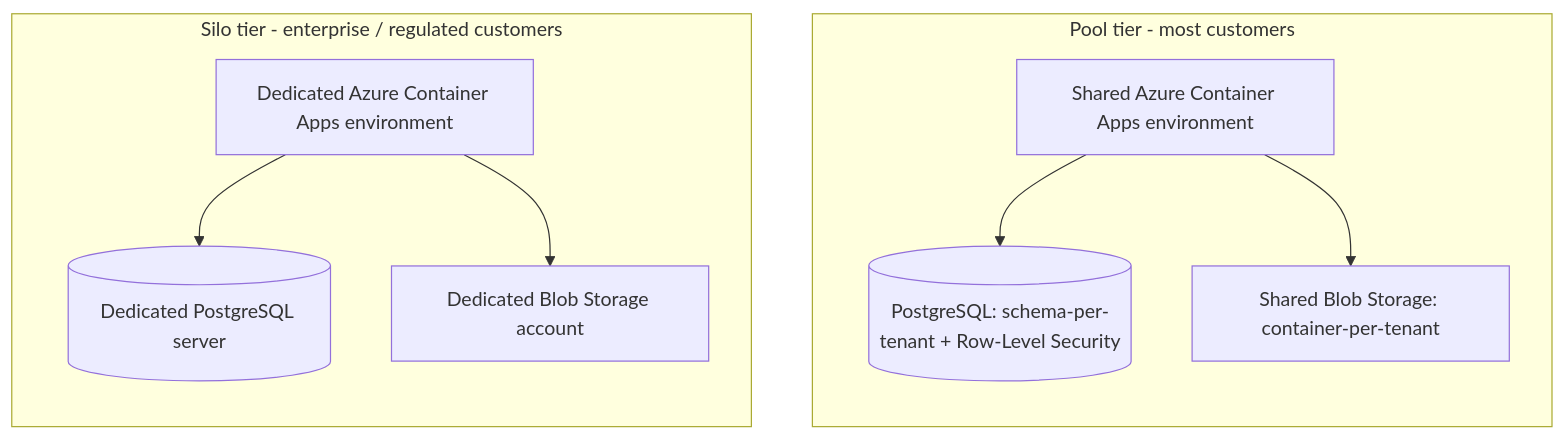
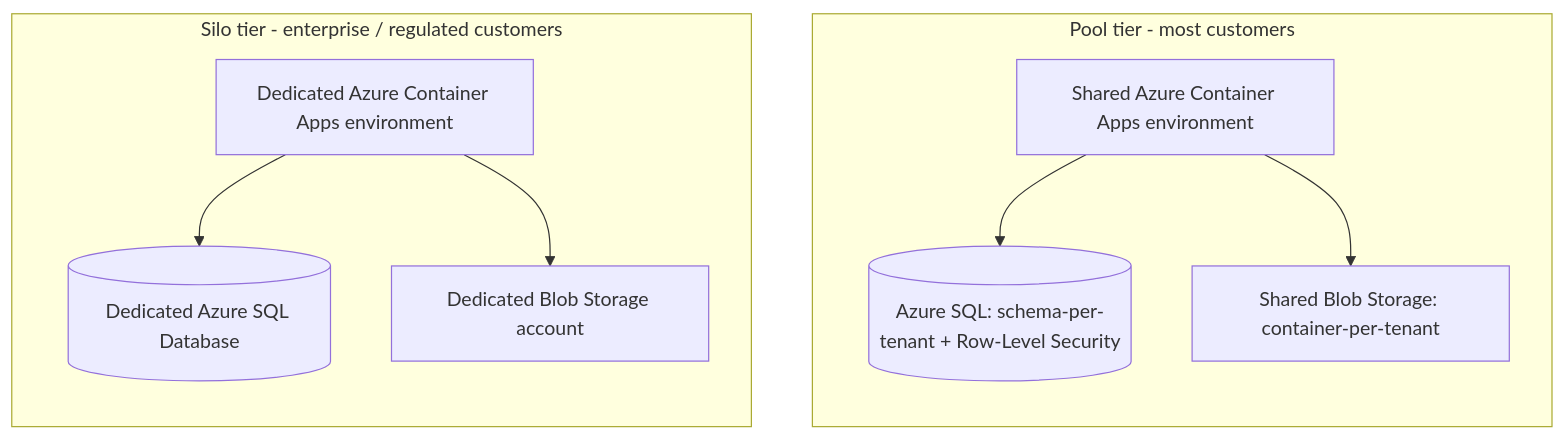
The second of 6 diagrams in docs/07-multitenancy-explained.md (shaleen-wonder-ent/agentic-ai-saas-architecture), drawn with Mermaid before and after one commit. The commit also changed other lines of this file and 7 other files, not shown here.

Commit message:
architecturial changes

````diff
--- a/docs/07-multitenancy-explained.md
+++ b/docs/07-multitenancy-explained.md
@@ -68,19 +68,19 @@
 ```mermaid
 flowchart TB
     subgraph Pool["Pool tier - most customers"]
         direction TB
         P1["Shared Azure Container Apps environment"]
-        P2[("PostgreSQL: schema-per-tenant + Row-Level Security")]
+        P2[("Azure SQL: schema-per-tenant + Row-Level Security")]
         P3["Shared Blob Storage: container-per-tenant"]
         P1 --> P2
         P1 --> P3
     end
     subgraph Silo["Silo tier - enterprise / regulated customers"]
         direction TB
         S1["Dedicated Azure Container Apps environment"]
-        S2[("Dedicated PostgreSQL server")]
+        S2[("Dedicated Azure SQL Database")]
         S3["Dedicated Blob Storage account"]
         S1 --> S2
         S1 --> S3
     end
 ```
````
